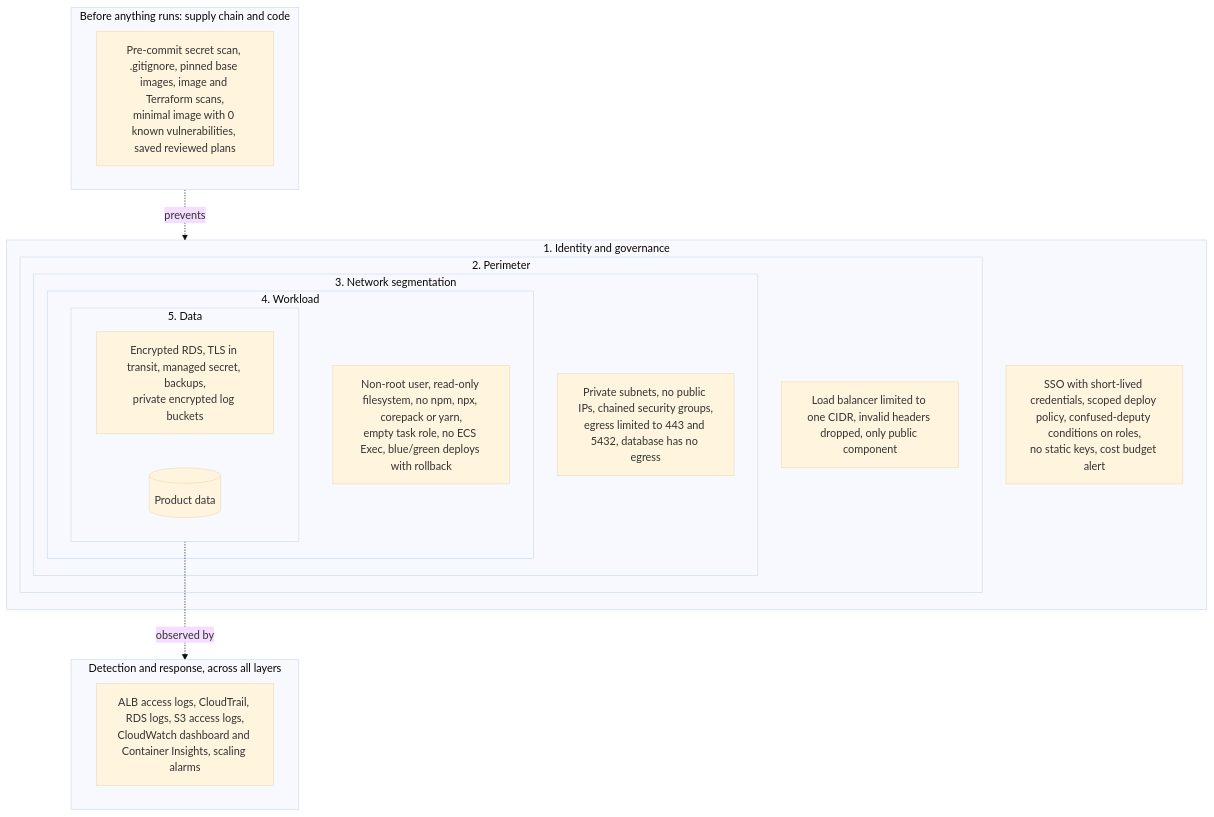
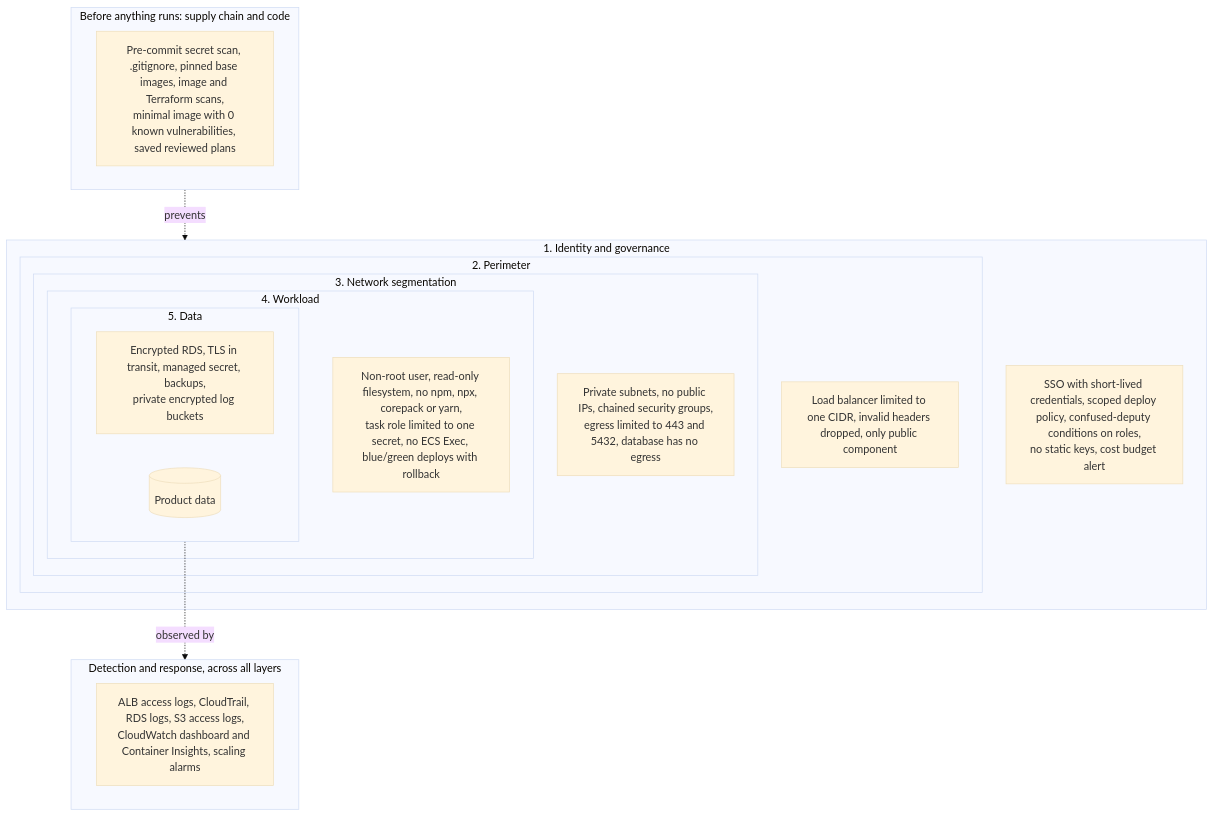
The fourth of 6 diagrams in docs/Architecture.md (bdahiya2007/secure-containerized-microservices-app-aws), drawn with Mermaid (base theme) before and after one commit. The commit also changed other lines of this file and 15 other files, not shown here.

````diff
--- a/docs/Architecture.md
+++ b/docs/Architecture.md
@@ -193,30 +193,30 @@
 ```mermaid
 flowchart TB
   subgraph L0 ["Before anything runs: supply chain and code"]
     s0["Pre-commit secret scan, .gitignore, pinned base images, image and Terraform scans,<br/>minimal image with 0 known vulnerabilities, saved reviewed plans"]
   end
 
   subgraph L1 ["1. Identity and governance"]
     s1["SSO with short-lived credentials, scoped deploy policy, confused-deputy conditions on roles,<br/>no static keys, cost budget alert"]
     subgraph L2 ["2. Perimeter"]
       s2["Load balancer limited to one CIDR, invalid headers dropped, only public component"]
       subgraph L3 ["3. Network segmentation"]
         s3["Private subnets, no public IPs, chained security groups,<br/>egress limited to 443 and 5432, database has no egress"]
         subgraph L4 ["4. Workload"]
-          s4["Non-root user, read-only filesystem, no npm, npx, corepack or yarn,<br/>empty task role, no ECS Exec, blue/green deploys with rollback"]
+          s4["Non-root user, read-only filesystem, no npm, npx, corepack or yarn,<br/>task role limited to one secret, no ECS Exec, blue/green deploys with rollback"]
           subgraph L5 ["5. Data"]
             s5["Encrypted RDS, TLS in transit, managed secret, backups,<br/>private encrypted log buckets"]
             data[("Product data")]
           end
         end
       end
     end
   end
 
   subgraph LD ["Detection and response, across all layers"]
     sd["ALB access logs, CloudTrail, RDS logs, S3 access logs,<br/>CloudWatch dashboard and Container Insights, scaling alarms"]
   end
 
   L0 -.->|"prevents"| L1
   L5 -.->|"observed by"| LD
 ```
````
